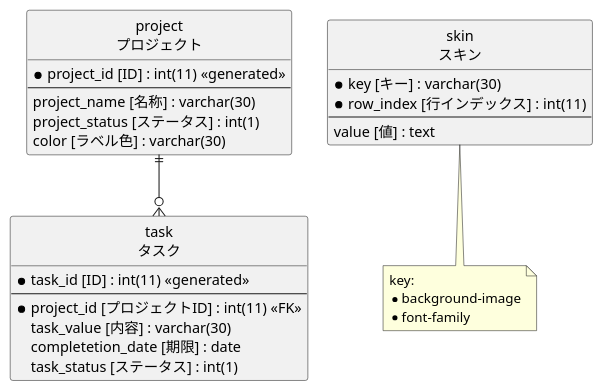
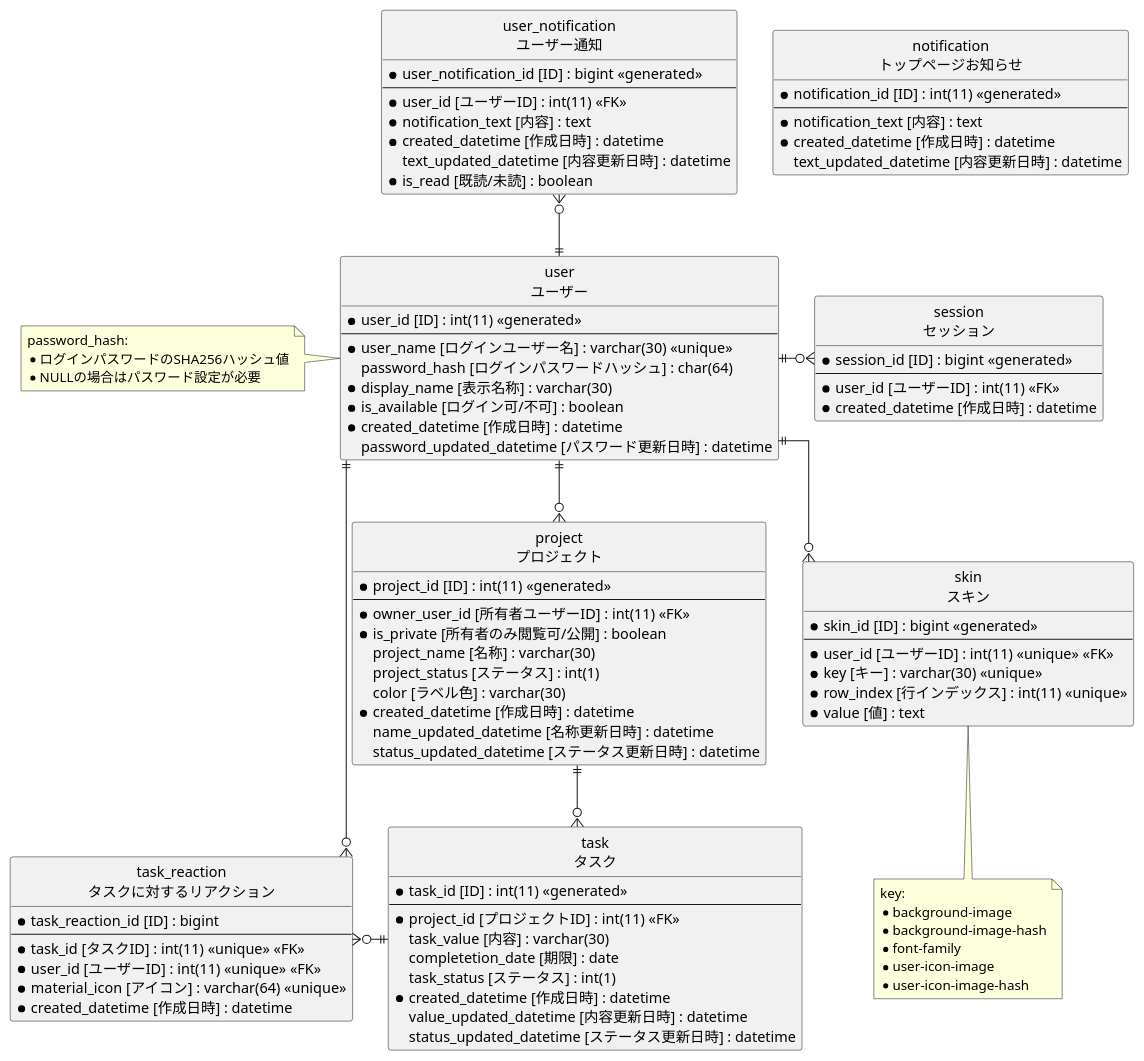
The diagram in todo/erd.puml (gtgjpj/todoApp), drawn with PlantUML before and after one commit. The commit also changed 2 other files, not shown here.

```diff
--- a/todo/erd.puml
+++ b/todo/erd.puml
@@ -1,35 +1,104 @@
 @startuml
 hide circle
 skinparam linetype ortho
 
+entity user as "user\nユーザー" {
+  * user_id [ID] : int(11) <<generated>>
+  --
+  * user_name [ログインユーザー名] : varchar(30) <<unique>>
+  password_hash [ログインパスワードハッシュ] : char(64)
+  * display_name [表示名称] : varchar(30)
+  * is_available [ログイン可/不可] : boolean
+  * created_datetime [作成日時] : datetime
+  password_updated_datetime [パスワード更新日時] : datetime
+}
+note left
+  password_hash:
+  * ログインパスワードのSHA256ハッシュ値
+  * NULLの場合はパスワード設定が必要
+end note
+
 entity project as "project\nプロジェクト" {
   * project_id [ID] : int(11) <<generated>>
   --
+  * owner_user_id [所有者ユーザーID] : int(11) <<FK>>
+  * is_private [所有者のみ閲覧可/公開] : boolean
   project_name [名称] : varchar(30)
   project_status [ステータス] : int(1)
   color [ラベル色] : varchar(30)
+  * created_datetime [作成日時] : datetime
+  name_updated_datetime [名称更新日時] : datetime
+  status_updated_datetime [ステータス更新日時] : datetime
 }
 
 entity task as "task\nタスク" {
   * task_id [ID] : int(11) <<generated>>
   --
   * project_id [プロジェクトID] : int(11) <<FK>>
   task_value [内容] : varchar(30)
   completetion_date [期限] : date
   task_status [ステータス] : int(1)
+  * created_datetime [作成日時] : datetime
+  value_updated_datetime [内容更新日時] : datetime
+  status_updated_datetime [ステータス更新日時] : datetime
 }
 
 entity skin as "skin\nスキン" {
-  * key [キー] : varchar(30)
-  * row_index [行インデックス] : int(11)
+  * skin_id [ID] : bigint <<generated>>
   --
-  value [値] : text
+  * user_id [ユーザーID] : int(11) <<unique>> <<FK>>
+  * key [キー] : varchar(30) <<unique>>
+  * row_index [行インデックス] : int(11) <<unique>>
+  * value [値] : text
 }
 note bottom
   key:
   * background-image
+  * background-image-hash
   * font-family
+  * user-icon-image
+  * user-icon-image-hash
 end note
 
+entity session as "session\nセッション" {
+  * session_id [ID] : bigint <<generated>>
+  --
+  * user_id [ユーザーID] : int(11) <<FK>>
+  * created_datetime [作成日時] : datetime
+}
+
+entity notification as "notification\nトップページお知らせ" {
+  * notification_id [ID] : int(11) <<generated>>
+  --
+  * notification_text [内容] : text
+  * created_datetime [作成日時] : datetime
+  text_updated_datetime [内容更新日時] : datetime
+}
+
+entity user_notification as "user_notification\nユーザー通知" {
+  * user_notification_id [ID] : bigint <<generated>>
+  --
+  * user_id [ユーザーID] : int(11) <<FK>>
+  * notification_text [内容] : text
+  * created_datetime [作成日時] : datetime
+  text_updated_datetime [内容更新日時] : datetime
+  * is_read [既読/未読] : boolean
+}
+
+entity task_reaction as "task_reaction\nタスクに対するリアクション" {
+  * task_reaction_id [ID] : bigint
+  --
+  * task_id [タスクID] : int(11) <<unique>> <<FK>>
+  * user_id [ユーザーID] : int(11) <<unique>> <<FK>>
+  * material_icon [アイコン] : varchar(64) <<unique>>
+  * created_datetime [作成日時] : datetime
+}
+
+user ||-u-o{ user_notification
+user ||-r-o{ session
+user ||-d-o{ project
+user ||-d-o{ skin
 project ||-d-o{ task
+user ||-d-o{ task_reaction
+task ||-l-o{ task_reaction
 @enduml
```
